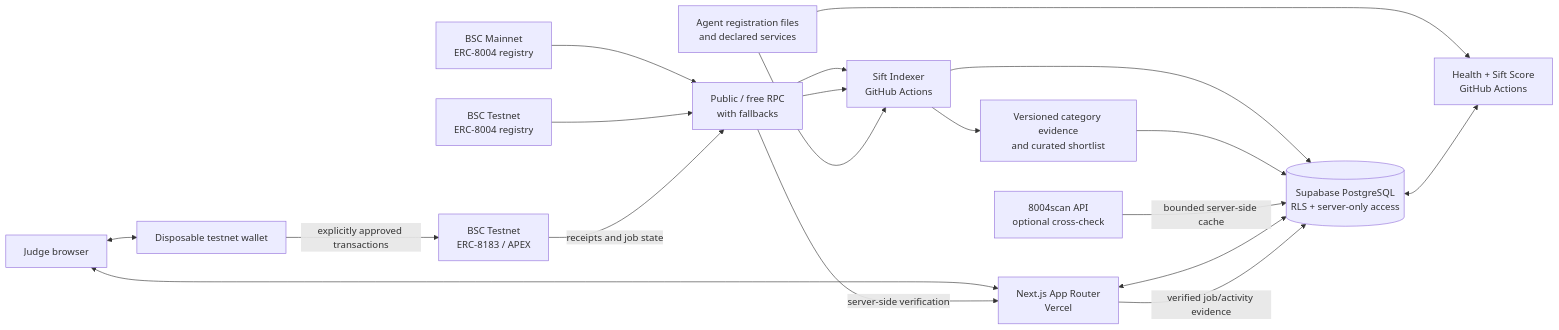
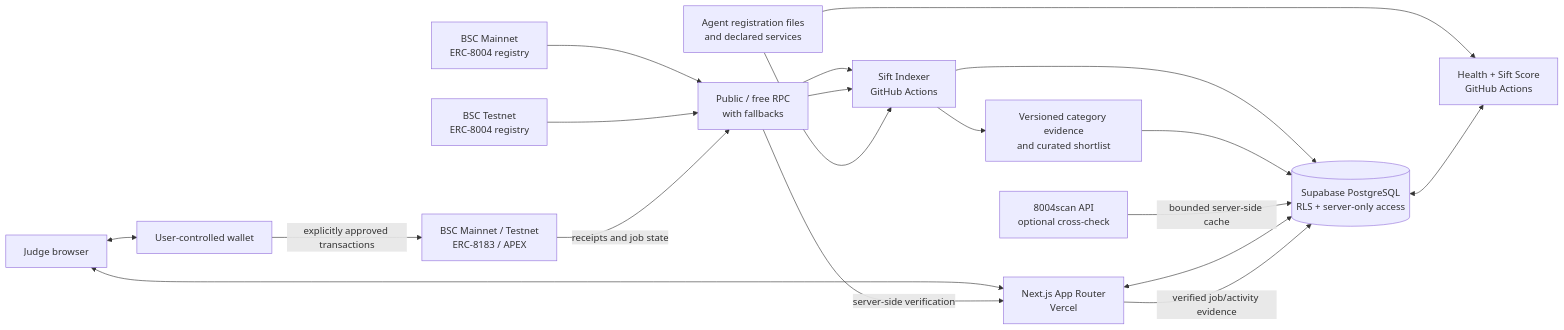
One commit to taiwo-the-dev/sift changed the diagram in docs/architecture.md. Above: the diagram before and after it, drawn with Mermaid. The commit also changed other lines of this file and 58 other files, not shown here.

````diff
--- a/docs/architecture.md
+++ b/docs/architecture.md
@@ -7,32 +7,32 @@
 ```mermaid
 flowchart LR
   mainnet["BSC Mainnet\nERC-8004 registry"]
   testnet["BSC Testnet\nERC-8004 registry"]
   rpc["Public / free RPC\nwith fallbacks"]
   metadata["Agent registration files\nand declared services"]
   indexer["Sift Indexer\nGitHub Actions"]
   taxonomy["Versioned category evidence\nand curated shortlist"]
   scan["8004scan API\noptional cross-check"]
   assessment["Health + Sift Score\nGitHub Actions"]
   db[("Supabase PostgreSQL\nRLS + server-only access")]
   app["Next.js App Router\nVercel"]
   browser["Judge browser"]
-  wallet["Disposable testnet wallet"]
-  apex["BSC Testnet\nERC-8183 / APEX"]
+  wallet["User-controlled wallet"]
+  apex["BSC Mainnet / Testnet\nERC-8183 / APEX"]
 
   mainnet --> rpc --> indexer
   testnet --> rpc --> indexer
   metadata --> indexer
   indexer --> db
   indexer --> taxonomy --> db
   scan -->|"bounded server-side cache"| db
   metadata --> assessment
   db <--> assessment
   browser <--> app
   app <--> db
   browser <--> wallet
   wallet -->|"explicitly approved transactions"| apex
   apex -->|"receipts and job state"| rpc
   rpc -->|"server-side verification"| app
   app -->|"verified job/activity evidence"| db
 ```
````
